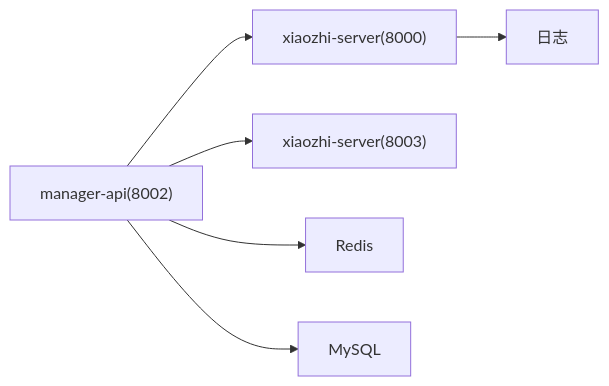
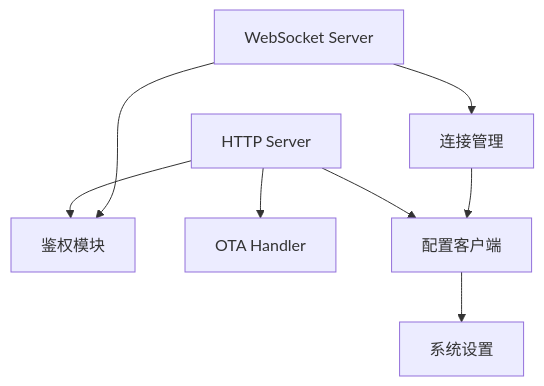
One commit to haixinke/xiaozhi-esp32-server changed the tenth of 10 diagrams in .qoder/repowiki/zh/content/设备管理/设备管理.md. Above: the diagram before and after it, drawn with Mermaid. The commit also changed other lines of this file and 557 other files, not shown here.

````diff
--- a/.qoder/repowiki/zh/content/设备管理/设备管理.md
+++ b/.qoder/repowiki/zh/content/设备管理/设备管理.md
@@ -256,8 +380,10 @@
 ```mermaid
-graph LR
-MA["manager-api(8002)"] --> WS["xiaozhi-server(8000)"]
-MA --> HTTP["xiaozhi-server(8003)"]
-WS --> LOG["日志"]
-MA --> REDIS["Redis"]
-MA --> MYSQL["MySQL"]
+graph TB
+HTTP["HTTP Server"] --> AUTH["鉴权模块"]
+HTTP --> OTA["OTA Handler"]
+HTTP --> CFG["配置客户端"]
+WS["WebSocket Server"] --> CONN["连接管理"]
+WS --> AUTH
+CONN --> CFG
+CFG --> SET["系统设置"]
 ```
````
